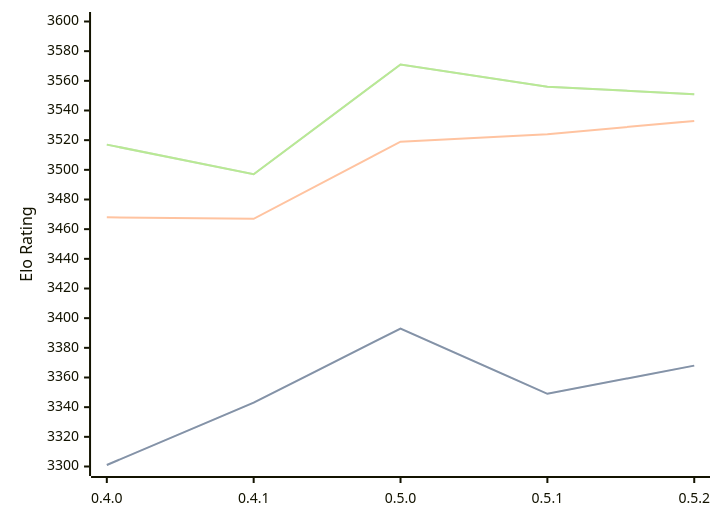
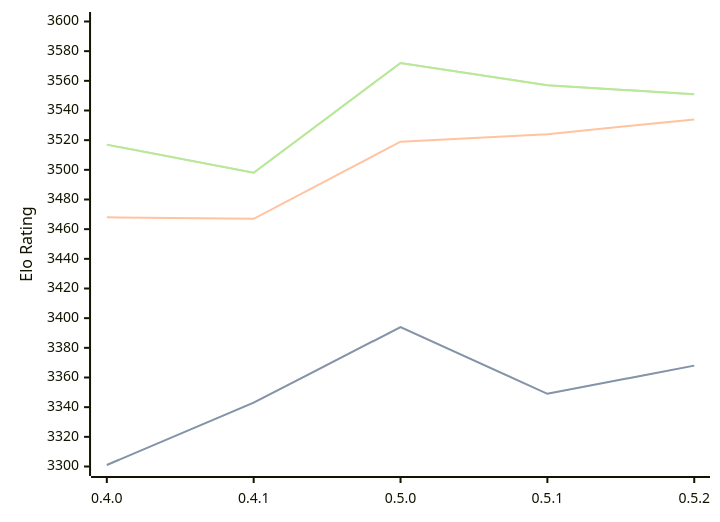
The diagram in engines/Cinder.md (computer-chess-index/cci), drawn with Mermaid before and after one commit. The commit also changed other lines of this file, not shown here.

Commit message:
Update CCI Ratings (ELO VLTC) - 2026-08-10

````diff
--- a/engines/Cinder.md
+++ b/engines/Cinder.md
@@ -36,11 +36,11 @@
 ```mermaid
 %%{init: {"theme":"base","themeVariables":{"seriesColors:['#a3a3a3','#222221','#faa371']}}}%%
 xychart-beta
   x-axis ["0.4.0", "0.4.1", "0.5.0", "0.5.1", "0.5.2"]
   y-axis "Elo Rating" 3300 --> 3600
-  line "STC (8.0+0.08s)" [3301, 3343, 3393, 3349, 3368]
-  line "STC (8.0+0.08s)" [3301, 3343, 3393, 3349, 3368]
-  line "LTC (60.0+0.60s)" [3468, 3467, 3519, 3524, 3533]
-  line "VLTC (2m24s+1.12s)" [3517, 3497, 3571, 3556, 3551]
-  line "VLTC (2m24s+1.12s)" [3517, 3497, 3571, 3556, 3551]
+  line "STC (8.0+0.08s)" [3301, 3343, 3394, 3349, 3368]
+  line "STC (8.0+0.08s)" [3301, 3343, 3394, 3349, 3368]
+  line "LTC (60.0+0.60s)" [3468, 3467, 3519, 3524, 3534]
+  line "VLTC (2m24s+1.12s)" [3517, 3498, 3572, 3557, 3551]
+  line "VLTC (2m24s+1.12s)" [3517, 3498, 3572, 3557, 3551]
 ```
````
